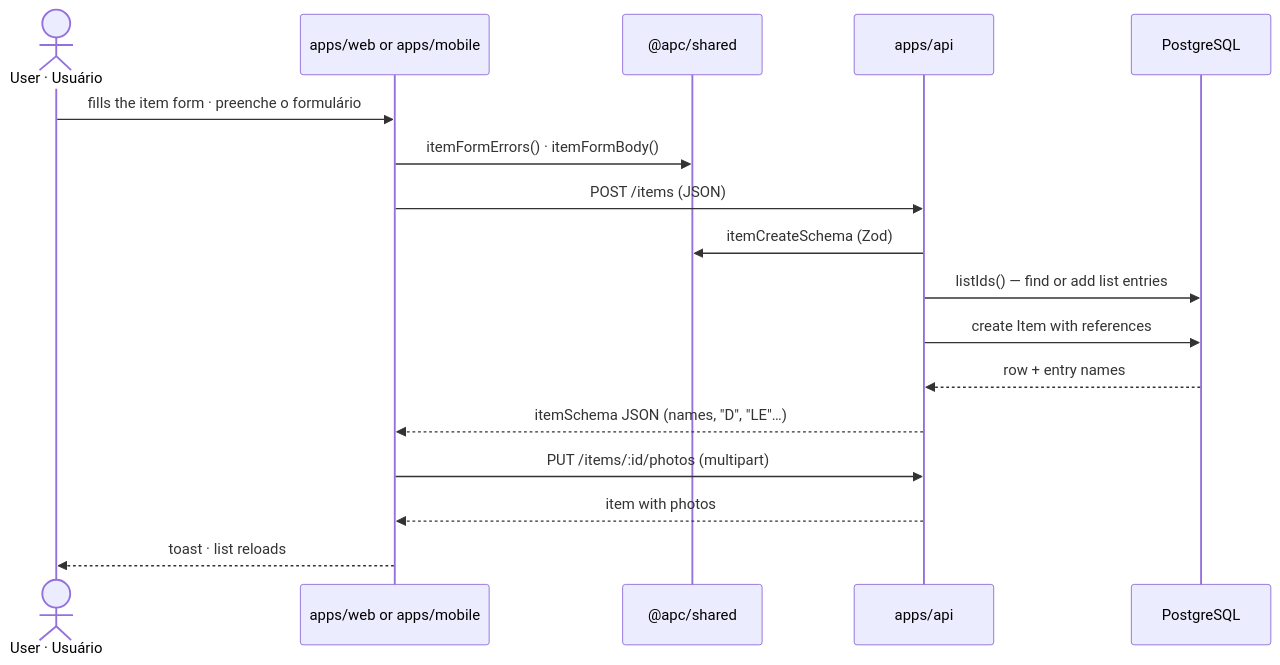
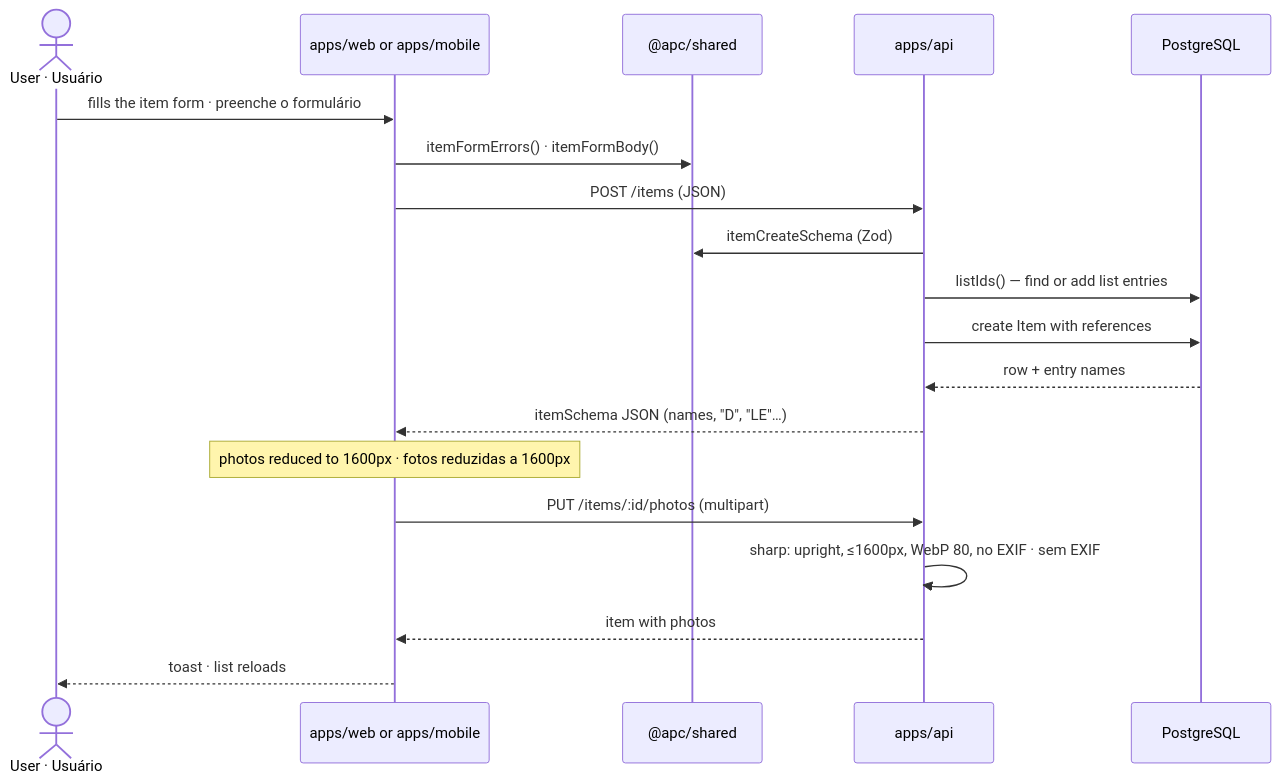
The third of 5 diagrams in docs/architecture.md (ChrisCamilo/apc-universal-repair), drawn with Mermaid before and after one commit. The commit also changed other lines of this file and 1 other file, not shown here.

Commit message:
docs: Add the photo reduction to the architecture and the home server guide

````diff
--- a/docs/architecture.md
+++ b/docs/architecture.md
@@ -79,20 +79,22 @@
 ```mermaid
 sequenceDiagram
     actor User as User · Usuário
     participant App as apps/web or apps/mobile
     participant Shared as @apc/shared
     participant API as apps/api
     participant DB as PostgreSQL
 
     User->>App: fills the item form · preenche o formulário
     App->>Shared: itemFormErrors() · itemFormBody()
     App->>API: POST /items (JSON)
     API->>Shared: itemCreateSchema (Zod)
     API->>DB: listIds() — find or add list entries
     API->>DB: create Item with references
     DB-->>API: row + entry names
     API-->>App: itemSchema JSON (names, "D", "LE"…)
+    Note over App: photos reduced to 1600px · fotos reduzidas a 1600px
     App->>API: PUT /items/:id/photos (multipart)
+    API->>API: sharp: upright, ≤1600px, WebP 80, no EXIF · sem EXIF
     API-->>App: item with photos
     App-->>User: toast · list reloads
 ```
````
